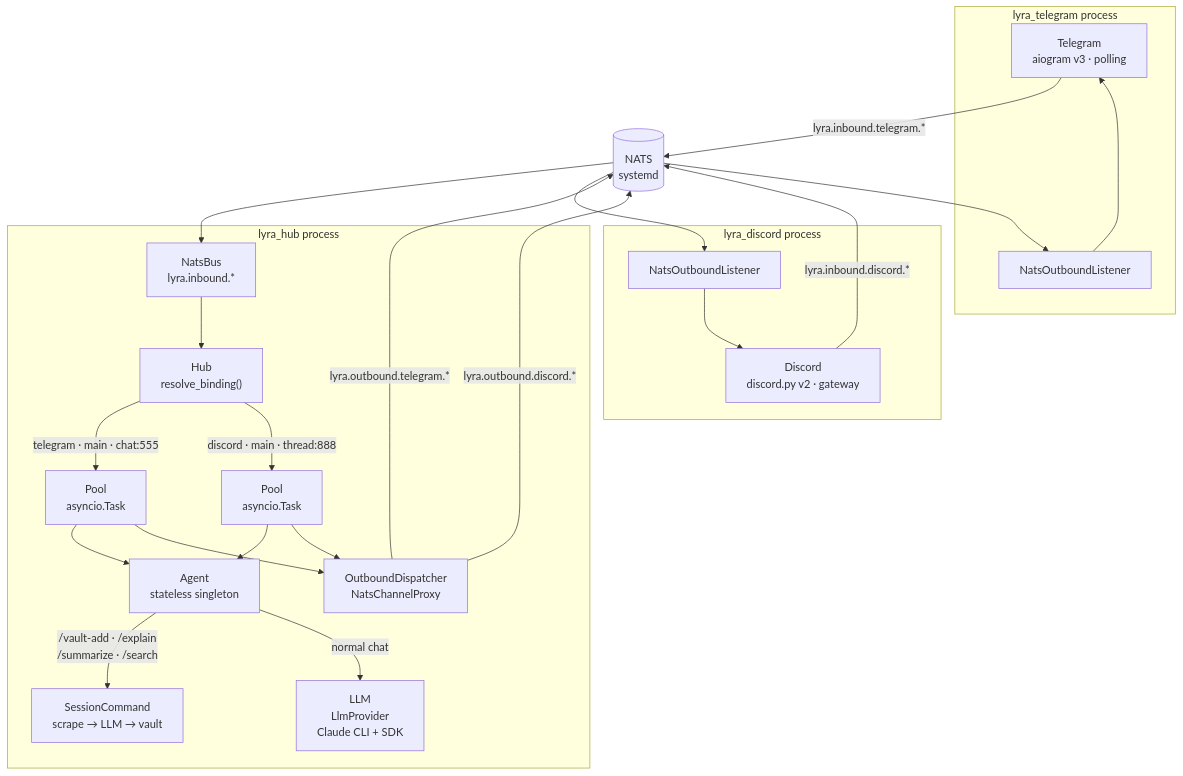
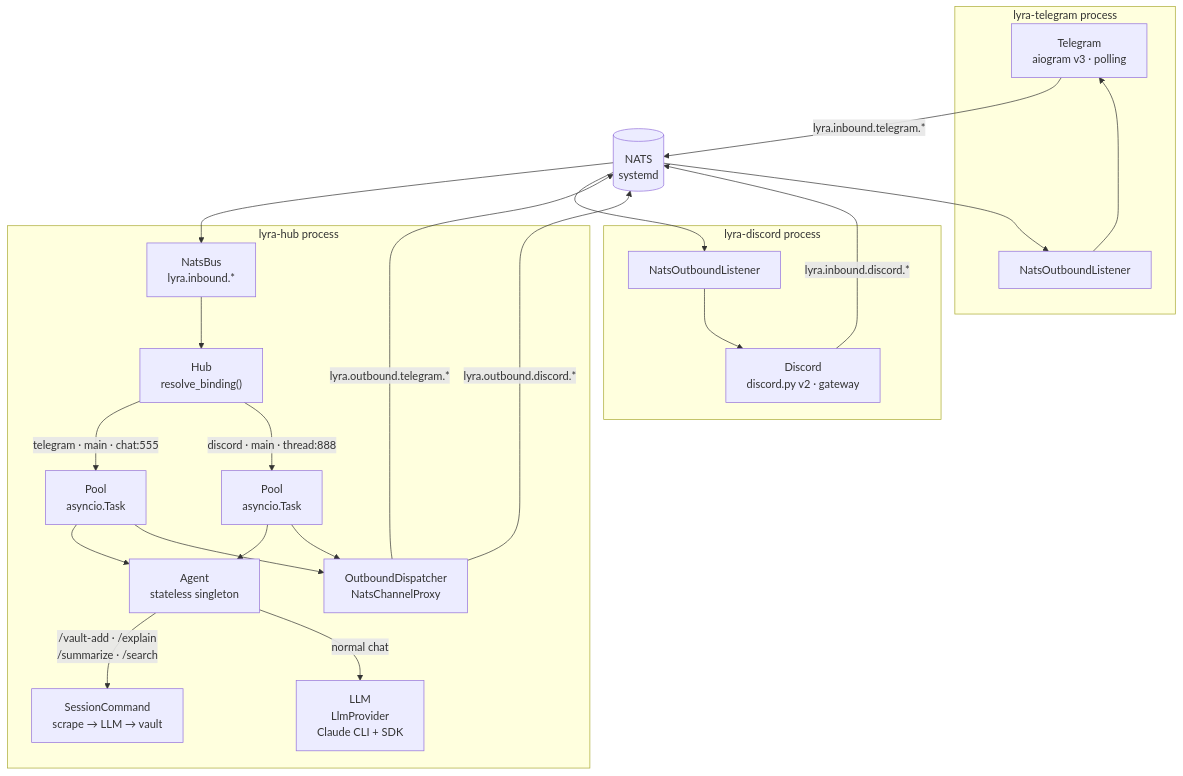
One commit to Roxabi/lyra changed the diagram in README.md. Above: the diagram before and after it, drawn with Mermaid. The commit also changed other lines of this file and 32 other files, not shown here.

````diff
--- a/README.md
+++ b/README.md
@@ -30,38 +30,38 @@
 ```mermaid
 flowchart TD
-    subgraph AP["lyra_telegram process"]
+    subgraph AP["lyra-telegram process"]
         TG["Telegram<br/>aiogram v3 · polling"]
         TGOL["NatsOutboundListener"]
     end
-    subgraph DP["lyra_discord process"]
+    subgraph DP["lyra-discord process"]
         DC["Discord<br/>discord.py v2 · gateway"]
         DCOL["NatsOutboundListener"]
     end
-    subgraph HP["lyra_hub process"]
+    subgraph HP["lyra-hub process"]
         BUS["NatsBus<br/>lyra.inbound.*"]
         HUB["Hub<br/>resolve_binding()"]
         P1["Pool<br/>asyncio.Task"]
         P2["Pool<br/>asyncio.Task"]
         AGENT["Agent<br/>stateless singleton"]
         LLM["LLM<br/>LlmProvider<br/>Claude CLI + SDK"]
         SC["SessionCommand<br/>scrape → LLM → vault"]
         OD["OutboundDispatcher<br/>NatsChannelProxy"]
     end
     NATS[("NATS<br/>systemd")]
 
     TG -->|"lyra.inbound.telegram.*"| NATS
     DC -->|"lyra.inbound.discord.*"| NATS
     NATS --> BUS --> HUB
     HUB -->|"telegram · main · chat:555"| P1
     HUB -->|"discord · main · thread:888"| P2
     P1 --> AGENT
     P2 --> AGENT
     AGENT -->|"/vault-add · /explain<br/>/summarize · /search"| SC
     AGENT -->|"normal chat"| LLM
     P1 --> OD
     P2 --> OD
     OD -->|"lyra.outbound.telegram.*"| NATS
     OD -->|"lyra.outbound.discord.*"| NATS
     NATS --> TGOL --> TG
     NATS --> DCOL --> DC
 ```
````
